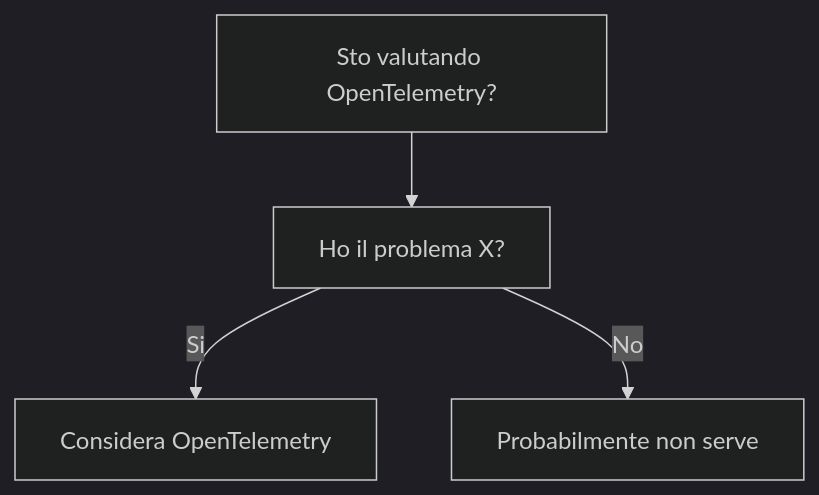
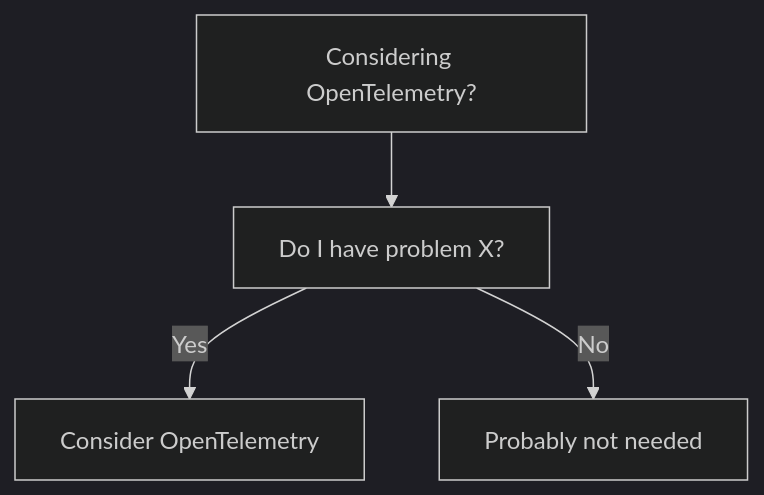
The diagram in dev-wiki/12_Observability/OpenTelemetry/When_To_Use.md (HxT9/Software-Dev-Wiki), drawn with Mermaid (dark theme) before and after one commit. The commit also changed other lines of this file and 3444 other files, not shown here.

````diff
--- a/dev-wiki/12_Observability/OpenTelemetry/When_To_Use.md
+++ b/dev-wiki/12_Observability/OpenTelemetry/When_To_Use.md
@@ -19,6 +19,6 @@
 ```mermaid
 flowchart TD
-  Q[Sto valutando OpenTelemetry?] --> Q1[Ho il problema X?]
-  Q1 -->|Si| OK[Considera OpenTelemetry]
-  Q1 -->|No| NO[Probabilmente non serve]
+  Q[Considering OpenTelemetry?] --> Q1[Do I have problem X?]
+  Q1 -->|Yes| OK[Consider OpenTelemetry]
+  Q1 -->|No| NO[Probably not needed]
 ```
````
